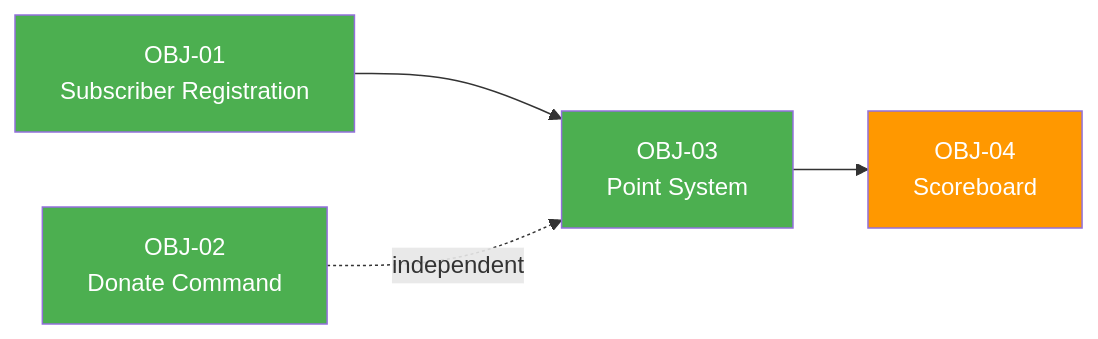
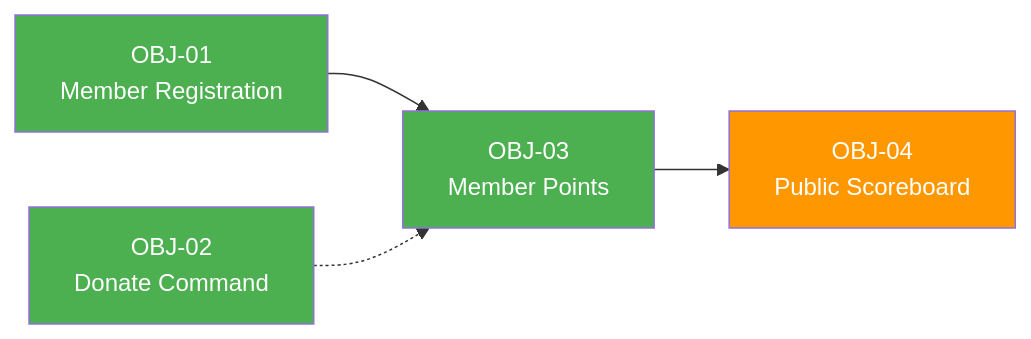
The diagram in external_spec/deerngo_bot/01_requirement/011_business_objective.md (oat431/document_template), drawn with Mermaid before and after one commit. The commit also changed other lines of this file and 32 other files, not shown here.

````diff
--- a/external_spec/deerngo_bot/01_requirement/011_business_objective.md
+++ b/external_spec/deerngo_bot/01_requirement/011_business_objective.md
@@ -261,11 +237,11 @@
 ```mermaid
 flowchart LR
-    OBJ01[OBJ-01<br>Subscriber Registration] --> OBJ03[OBJ-03<br>Point System]
-    OBJ03 --> OBJ04[OBJ-04<br>Scoreboard]
-    OBJ02[OBJ-02<br>Donate Command] -.-> |independent| OBJ03
+    OBJ01[OBJ-01<br>Member Registration] --> OBJ03[OBJ-03<br>Member Points]
+    OBJ03 --> OBJ04[OBJ-04<br>Public Scoreboard]
+    OBJ02[OBJ-02<br>Donate Command] -.-> OBJ03
 
     style OBJ01 fill:#4CAF50,color:#fff
     style OBJ02 fill:#4CAF50,color:#fff
     style OBJ03 fill:#4CAF50,color:#fff
     style OBJ04 fill:#FF9800,color:#fff
 ```
````
